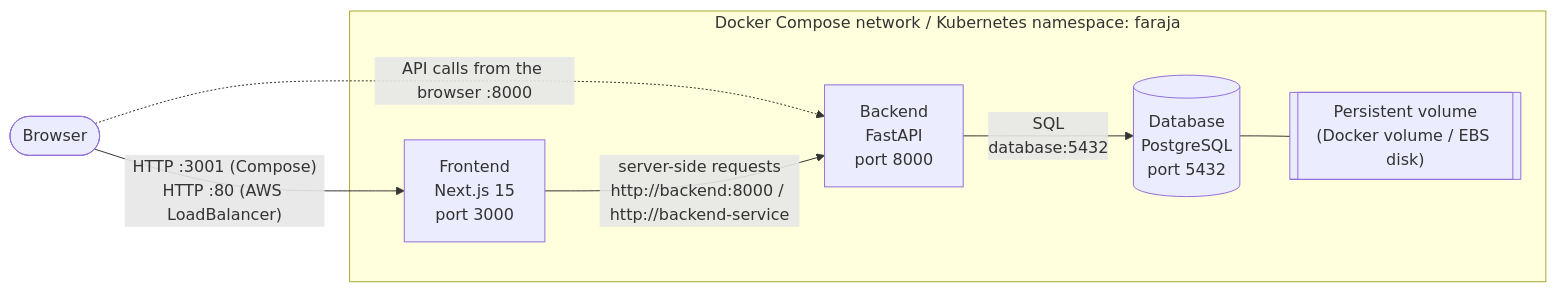
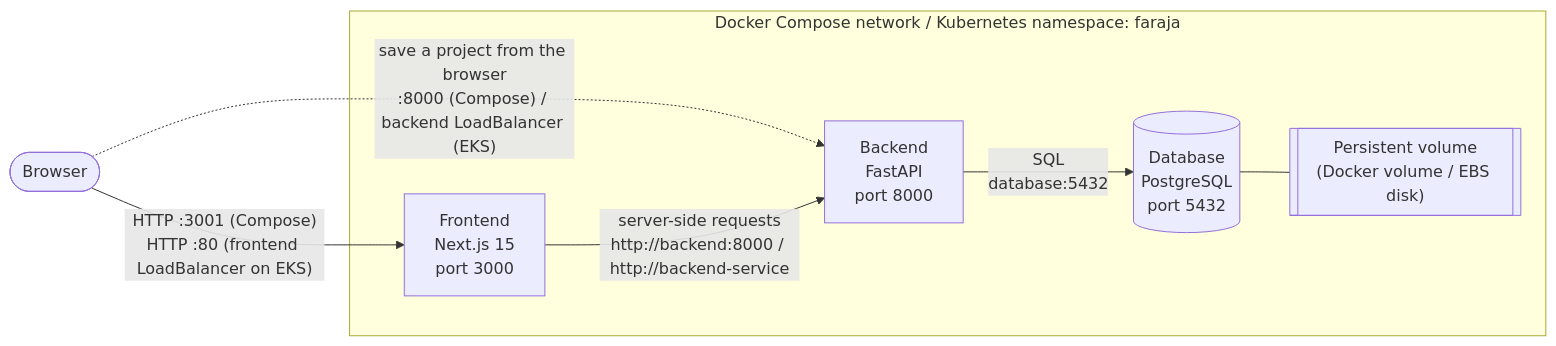
The first of 2 diagrams in README.md (KenanRicky/faraja), drawn with Mermaid before and after one commit. The commit also changed other lines of this file and 4 other files, not shown here.

````diff
--- a/README.md
+++ b/README.md
@@ -31,17 +31,17 @@
 ```mermaid
 flowchart LR
     user([Browser])
 
     subgraph Cluster["Docker Compose network / Kubernetes namespace: faraja"]
         fe["Frontend<br/>Next.js 15<br/>port 3000"]
         be["Backend<br/>FastAPI<br/>port 8000"]
         db[("Database<br/>PostgreSQL<br/>port 5432")]
         vol[["Persistent volume<br/>(Docker volume / EBS disk)"]]
     end
 
-    user -- "HTTP :3001 (Compose)<br/>HTTP :80 (AWS LoadBalancer)" --> fe
-    user -. "API calls from the browser :8000" .-> be
+    user -- "HTTP :3001 (Compose)<br/>HTTP :80 (frontend LoadBalancer on EKS)" --> fe
+    user -. "save a project from the browser<br/>:8000 (Compose) / backend LoadBalancer (EKS)" .-> be
     fe -- "server-side requests<br/>http://backend:8000 / http://backend-service" --> be
     be -- "SQL<br/>database:5432" --> db
     db --- vol
 ```
````
